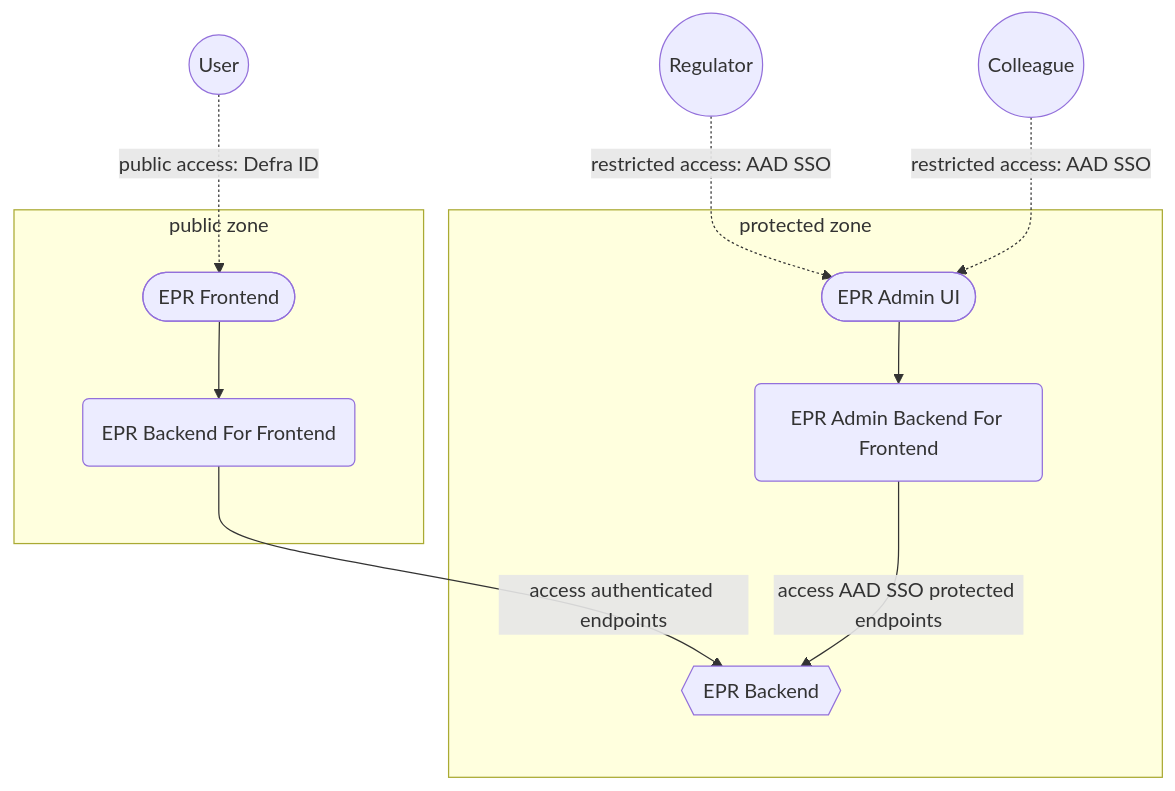
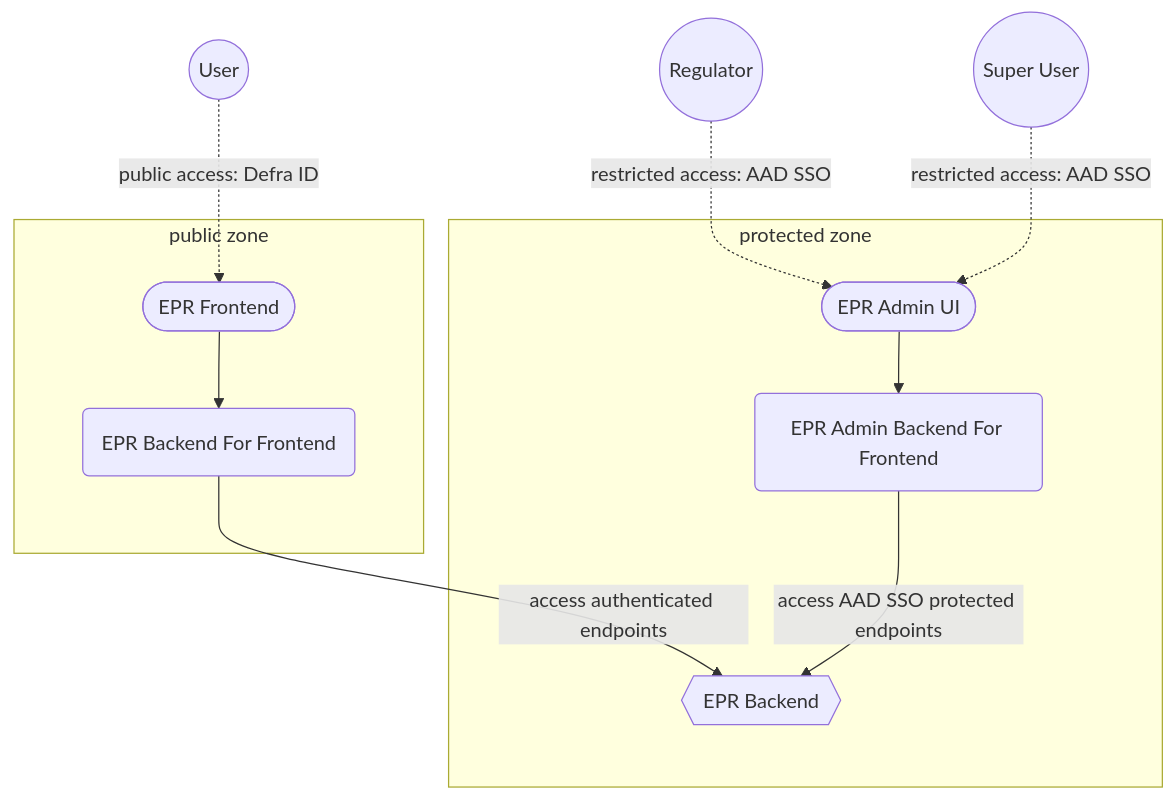
The second of 3 diagrams in docs/architecture/discovery/pepr-hld.md (DEFRA/epr-backend), drawn with Mermaid before and after one commit. The commit also changed other lines of this file, not shown here.

````diff
--- a/docs/architecture/discovery/pepr-hld.md
+++ b/docs/architecture/discovery/pepr-hld.md
@@ -238,36 +212,36 @@
 ```mermaid
 flowchart TD;
     USER((User))
-    COLLEAGUE((Colleague))
+    SUPER-USER((Super User))
     REGULATOR((Regulator))
 
   classDef invisible opacity:0
 
   subgraph protected zone
-    subgraph PROTECTED_ZONE_NESTED
-      EPR_ADMIN_UI([EPR Admin UI])
-      EPR_ADMIN_BFF(EPR Admin Backend For Frontend)
-      EPR_BACKEND{{EPR Backend}}
+    subgraph PROTECTED-ZONE-NESTED
+      EPR-ADMIN-UI([EPR Admin UI])
+      EPR-ADMIN-BFF(EPR Admin Backend For Frontend)
+      EPR-BACKEND{{EPR Backend}}
     end
   end
 
   subgraph public zone
-    subgraph PUBLIC_ZONE_NESTED
-      EPR_FRONTEND([EPR Frontend])
-      EPR_BFF(EPR Backend For Frontend)
+    subgraph PUBLIC-ZONE-NESTED
+      EPR-FRONTEND([EPR Frontend])
+      EPR-BFF(EPR Backend For Frontend)
     end
   end
 
-  PROTECTED_ZONE_NESTED:::invisible
-  PUBLIC_ZONE_NESTED:::invisible
+  PROTECTED-ZONE-NESTED:::invisible
+  PUBLIC-ZONE-NESTED:::invisible
 
-  USER-. public access: Defra ID .->EPR_FRONTEND;
-  REGULATOR-. restricted access: AAD SSO .->EPR_ADMIN_UI;
-  COLLEAGUE-. restricted access: AAD SSO .->EPR_ADMIN_UI;
+  USER-. public access: Defra ID .->EPR-FRONTEND;
+  REGULATOR-. restricted access: AAD SSO .->EPR-ADMIN-UI;
+  SUPER-USER-. restricted access: AAD SSO .->EPR-ADMIN-UI;
 
-  EPR_FRONTEND-->EPR_BFF;
-  EPR_ADMIN_UI-->EPR_ADMIN_BFF;
+  EPR-FRONTEND-->EPR-BFF;
+  EPR-ADMIN-UI-->EPR-ADMIN-BFF;
 
-  EPR_BFF--access authenticated endpoints -->EPR_BACKEND;
-  EPR_ADMIN_BFF--access AAD SSO protected endpoints -->EPR_BACKEND;
+  EPR-BFF--access authenticated endpoints -->EPR-BACKEND;
+  EPR-ADMIN-BFF--access AAD SSO protected endpoints -->EPR-BACKEND;
 ```
````
